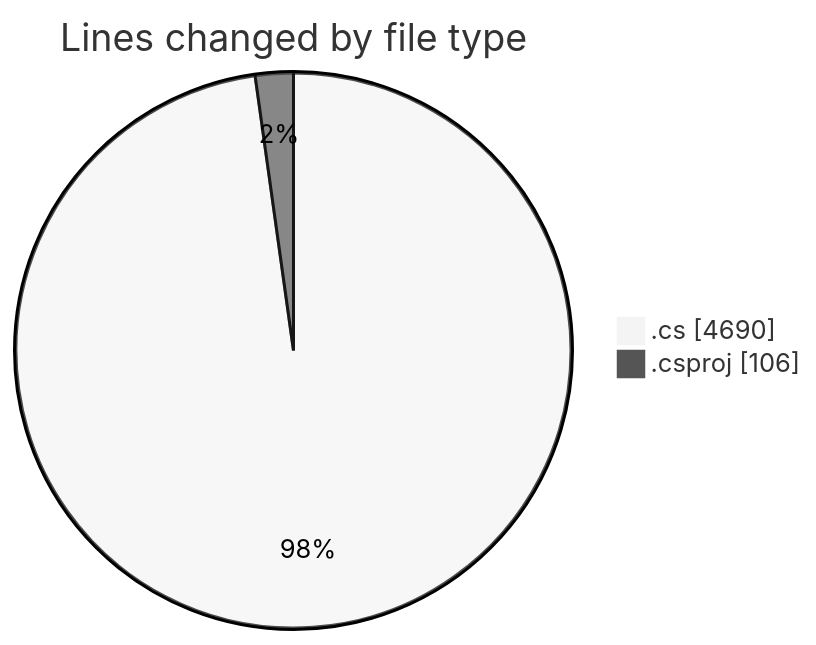
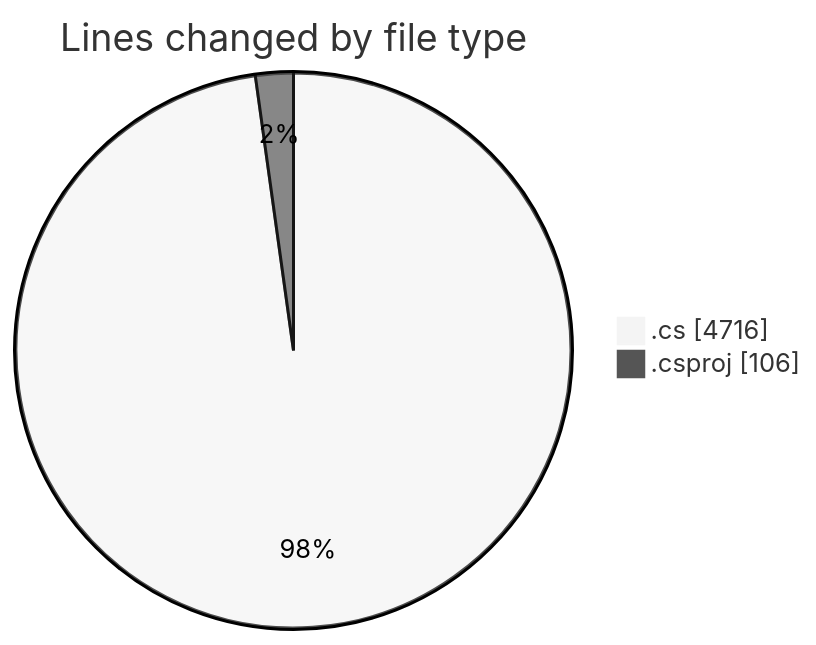
Before and after one commit to Netris89/code-tracking: the first of 2 diagrams in 2025-04-02/back-end/README.md, drawn with Mermaid (neutral theme). The commit also changed other lines of this file and 1 other file, not shown here.

````diff
--- a/2025-04-02/back-end/README.md
+++ b/2025-04-02/back-end/README.md
@@ -33,6 +33,6 @@
 ```mermaid
 pie showData
 title Lines changed by file type
-".cs" : 4690
+".cs" : 4716
 ".csproj" : 106
 ```
````
